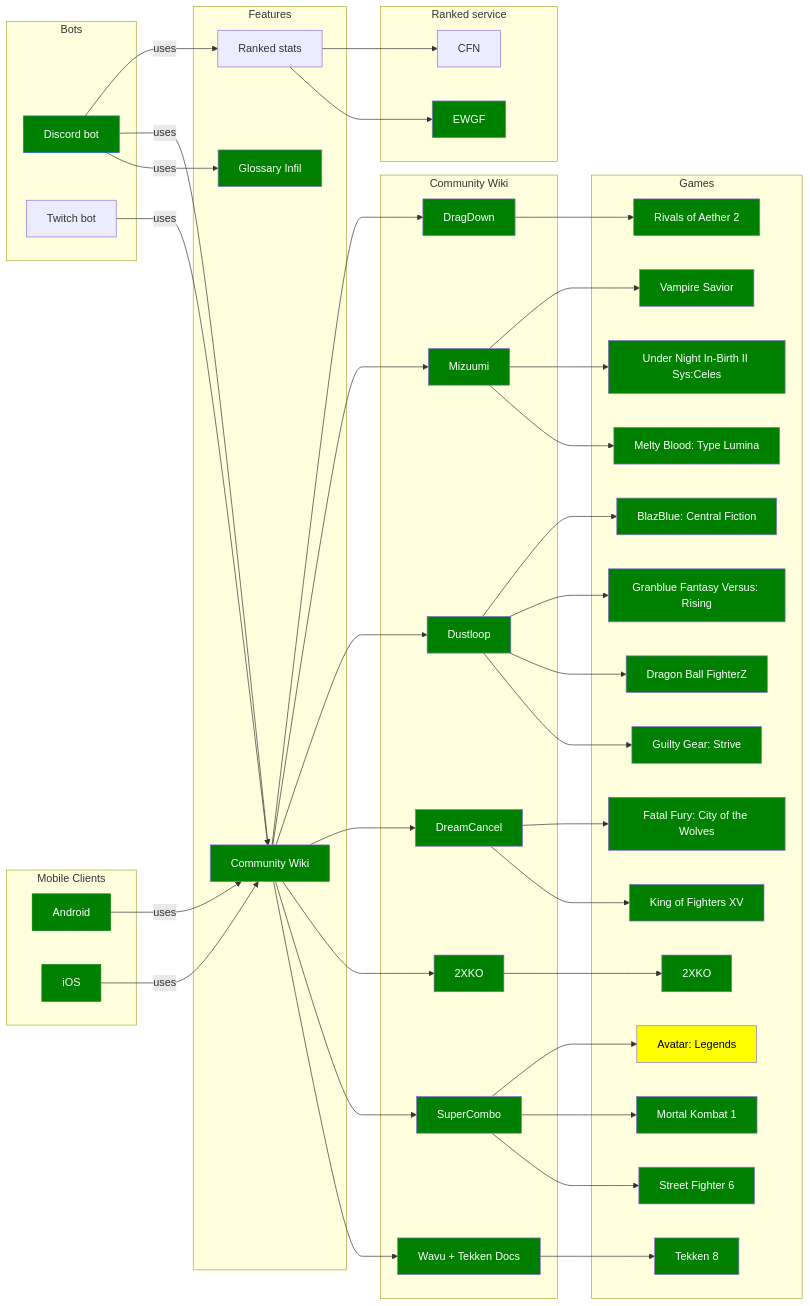
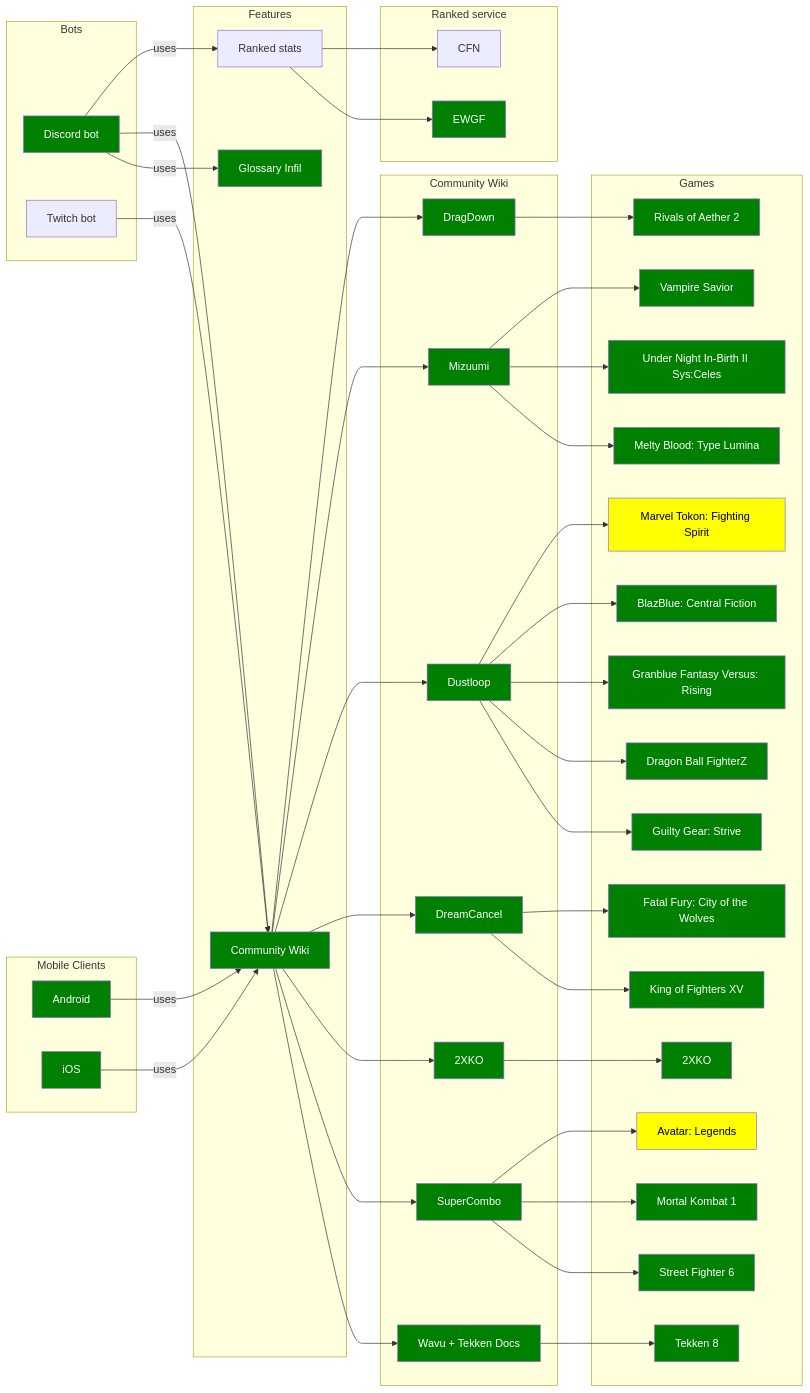
The diagram in mermaid/modules.mmd (Sophon/FightingNerd), drawn with Mermaid before and after one commit. The commit also changed 117 other files, not shown here.

```diff
--- a/mermaid/modules.mmd
+++ b/mermaid/modules.mmd
@@ -1,118 +1,121 @@
 graph LR
     classDef green fill:green,color:#000
     classDef grey fill:lightgrey,color:#000
     classDef yellow fill:#FFEB3B,color:#000
 
     subgraph Bots
         discordBot[Discord bot]
         twitchBot[Twitch bot]
     end
 
     subgraph "Mobile Clients"
         android[Android]
         iOS[iOS]
     end
 
     subgraph Features
         glossaryInfil[Glossary Infil]
         communityWiki[Community Wiki]
         elo[Ranked stats]
     end
 
     subgraph Community Wiki
         wikiWavu[Wavu + Tekken Docs]
         supercombo[SuperCombo]
         2xko[2XKO]
         dustloop[Dustloop]
         dreamcancel[DreamCancel]
         mizuumi[Mizuumi]
         dragdown[DragDown]
     end
 
     subgraph Games
         t8[Tekken 8]
         sf6[Street Fighter 6]
         mk1[Mortal Kombat 1]
         ggst[Guilty Gear: Strive]
         dbfz[Dragon Ball FighterZ]
         gbvsr[Granblue Fantasy Versus: Rising]
         kof15[King of Fighters XV]
         cotw[Fatal Fury: City of the Wolves]
         xko[2XKO]
         melty[Melty Blood: Type Lumina]
         bbcf[BlazBlue: Central Fiction]
         uni2[Under Night In-Birth II Sys:Celes]
         vsav[Vampire Savior]
         avl[Avatar: Legends]
         roa[Rivals of Aether 2]
+        mtfs[Marvel Tokon: Fighting Spirit]
     end
 
     subgraph Ranked service
         ewgf[EWGF]
         cfn[CFN]
     end
 
     android -->|uses| communityWiki
     iOS -->|uses| communityWiki
 
     discordBot -->|uses| glossaryInfil
     discordBot -->|uses| communityWiki
     discordBot -->|uses| elo
     twitchBot -->|uses| communityWiki
 
     communityWiki --> wikiWavu
     communityWiki --> supercombo
     communityWiki --> 2xko
     communityWiki --> dreamcancel
     communityWiki --> dustloop
     communityWiki --> mizuumi
     communityWiki --> dragdown
 
     elo --> ewgf
     elo --> cfn
 
     wikiWavu --> t8
     supercombo --> sf6
     supercombo --> mk1
     supercombo --> avl
     dustloop --> ggst
     dustloop --> dbfz
     dustloop --> gbvsr
     dustloop --> bbcf
+    dustloop --> mtfs
     2xko --> xko
     dreamcancel --> kof15
     dreamcancel --> cotw
     mizuumi --> melty
     mizuumi --> uni2
     mizuumi --> vsav
     dragdown --> roa
 
 
-    style discordBot fill:green,stroke:#2563EB, color:#fff
-    style android fill:green,stroke:green, color:#fff
-    style iOS fill:green,stroke:green, color:#fff
+    style discordBot fill:green, color:#fff
+    style android fill:green, color:#fff
+    style iOS fill:green, color:#fff
     style glossaryInfil fill:green, color:#fff
     style communityWiki fill:green, color:#fff
     style wikiWavu fill:green, color:#fff
     style supercombo fill:green, color:#fff
     style dreamcancel fill:green, color:#fff
     style dustloop fill:green, color:#fff
     style mizuumi fill:green, color:#fff
     style dragdown fill:green, color:#fff
     style 2xko fill:green, color:#fff
     style t8 fill:green, color:#fff
     style sf6 fill:green, color:#fff
     style xko fill:green, color:#fff
     style kof15 fill:green, color:#fff
     style cotw fill:green, color:#fff
     style ggst fill:green, color:#fff
     style mk1 fill:green, color:#fff
     style dbfz fill:green, color:#fff
     style gbvsr fill:green, color:#fff
     style melty fill:green, color:#fff
     style bbcf fill:green, color:#fff
     style uni2 fill:green, color:#fff
     style vsav fill:green, color:#fff
     style ewgf fill:green, color:#fff
     style avl fill:yellow, color:#000
+    style mtfs fill:yellow, color:#000
     style roa fill:green, color:#fff
```
